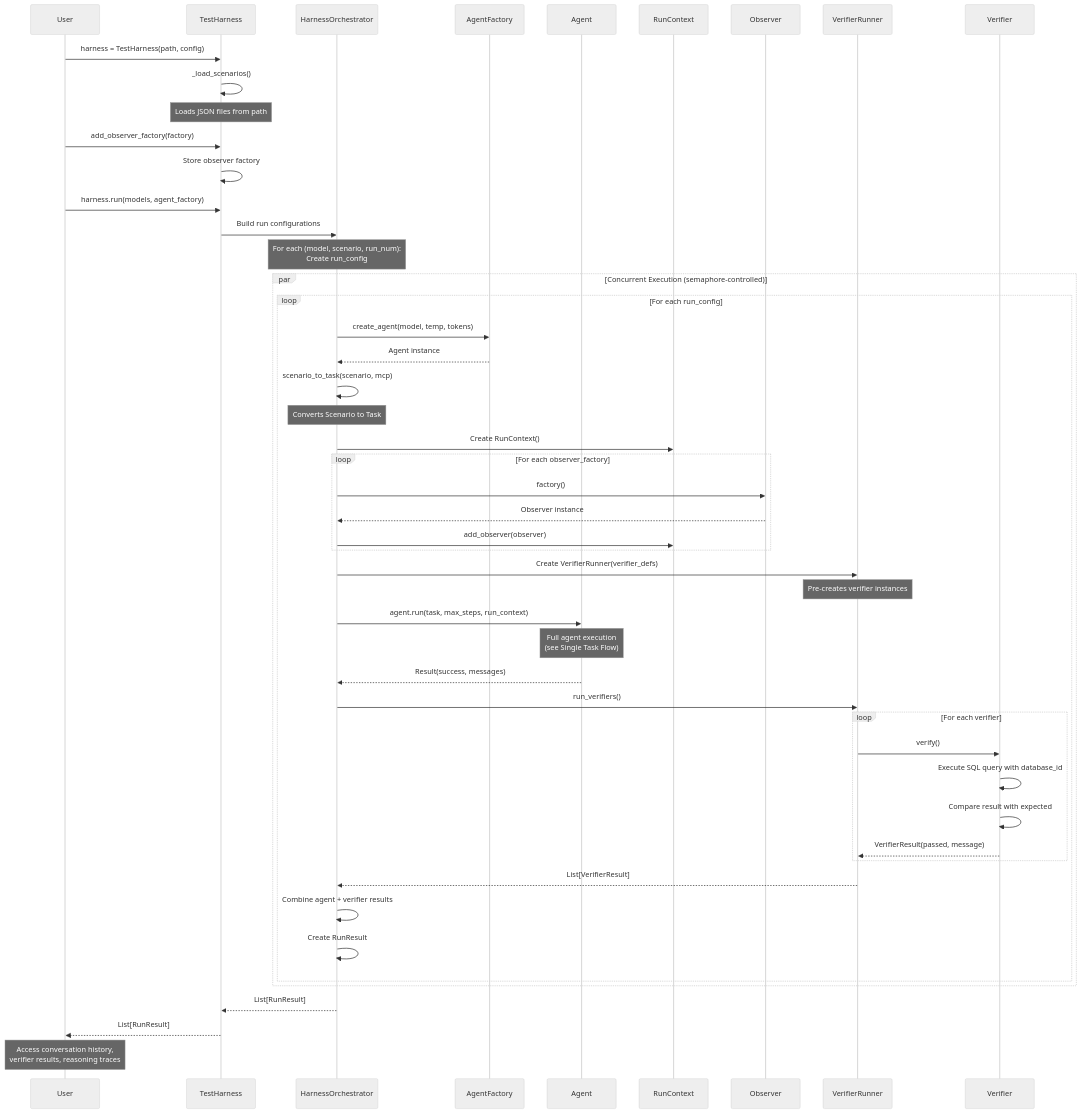
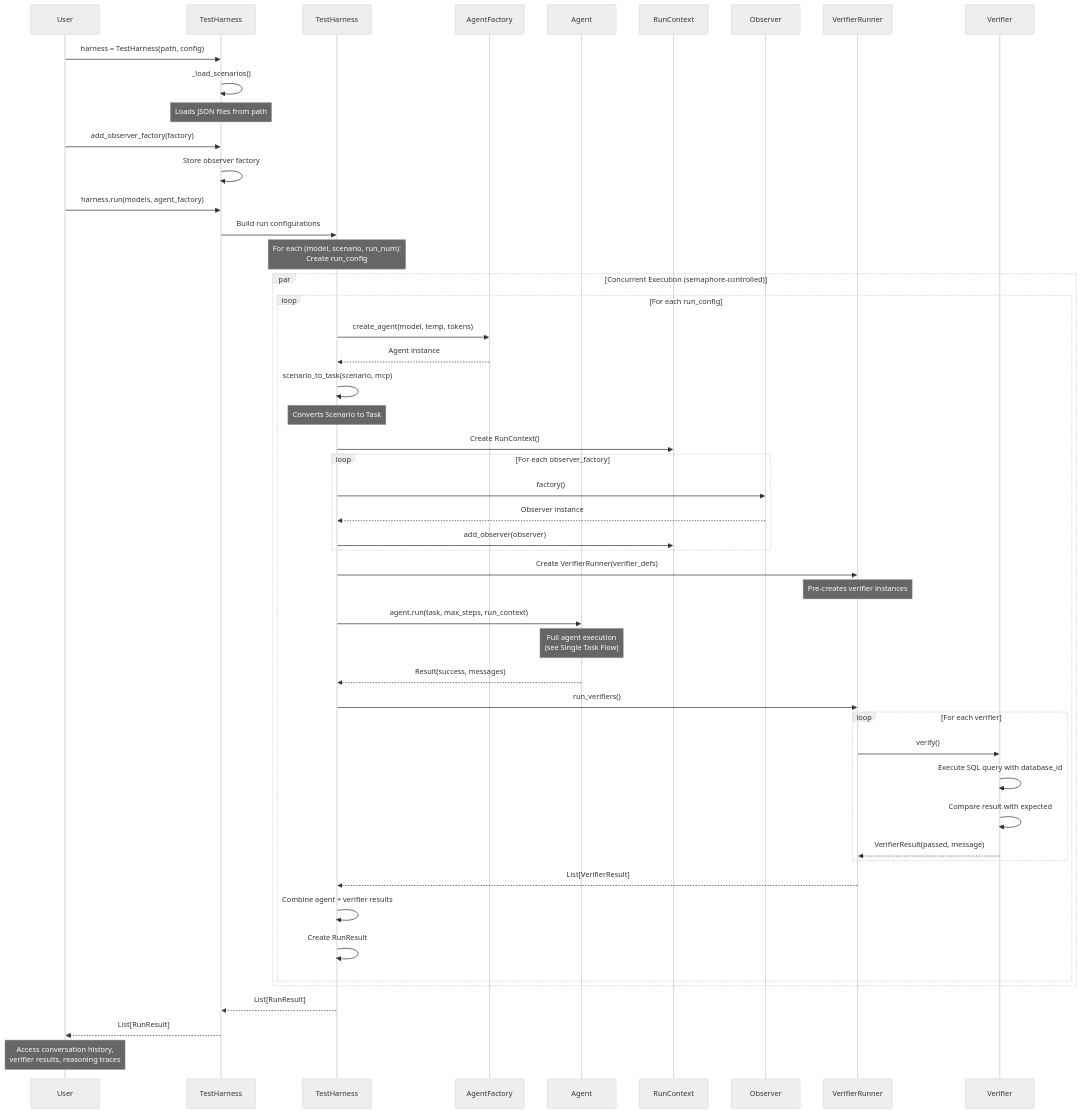
One commit to priyamturing/agent_harness changed the second of 4 diagrams in SDK_ARCHITECTURE.md. Above: the diagram before and after it, drawn with Mermaid (neutral theme). The commit also changed other lines of this file and 90 other files, not shown here.

````diff
--- a/SDK_ARCHITECTURE.md
+++ b/SDK_ARCHITECTURE.md
@@ -237,70 +237,70 @@
 ```mermaid
 sequenceDiagram
     participant User
     participant Harness as TestHarness
-    participant Orchestrator as HarnessOrchestrator
+    participant Orchestrator as TestHarness
     participant AgentFactory
     participant Agent
     participant RunContext
     participant Observer
     participant VerifierRunner
     participant Verifier
 
     User->>Harness: harness = TestHarness(path, config)
     Harness->>Harness: _load_scenarios()
     Note over Harness: Loads JSON files from path
     
     User->>Harness: add_observer_factory(factory)
     Harness->>Harness: Store observer factory
     
     User->>Harness: harness.run(models, agent_factory)
     
     Harness->>Orchestrator: Build run configurations
     Note over Orchestrator: For each (model, scenario, run_num):<br/>Create run_config
     
     par Concurrent Execution (semaphore-controlled)
         loop For each run_config
             Orchestrator->>AgentFactory: create_agent(model, temp, tokens)
             AgentFactory-->>Orchestrator: Agent instance
             
             Orchestrator->>Orchestrator: scenario_to_task(scenario, mcp)
             Note over Orchestrator: Converts Scenario to Task
             
             Orchestrator->>RunContext: Create RunContext()
             
             loop For each observer_factory
                 Orchestrator->>Observer: factory()
                 Observer-->>Orchestrator: Observer instance
                 Orchestrator->>RunContext: add_observer(observer)
             end
             
             Orchestrator->>VerifierRunner: Create VerifierRunner(verifier_defs)
             Note over VerifierRunner: Pre-creates verifier instances
             
             Orchestrator->>Agent: agent.run(task, max_steps, run_context)
             
             Note over Agent: Full agent execution<br/>(see Single Task Flow)
             
             Agent-->>Orchestrator: Result(success, messages)
             
             Orchestrator->>VerifierRunner: run_verifiers()
             
             loop For each verifier
                 VerifierRunner->>Verifier: verify()
                 Verifier->>Verifier: Execute SQL query with database_id
                 Verifier->>Verifier: Compare result with expected
                 Verifier-->>VerifierRunner: VerifierResult(passed, message)
             end
             
             VerifierRunner-->>Orchestrator: List[VerifierResult]
             
             Orchestrator->>Orchestrator: Combine agent + verifier results
             Orchestrator->>Orchestrator: Create RunResult
         end
     end
     
     Orchestrator-->>Harness: List[RunResult]
     Harness-->>User: List[RunResult]
     
     Note over User: Access conversation history,<br/>verifier results, reasoning traces
 ```
````
